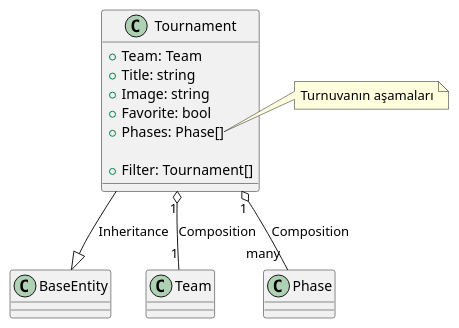
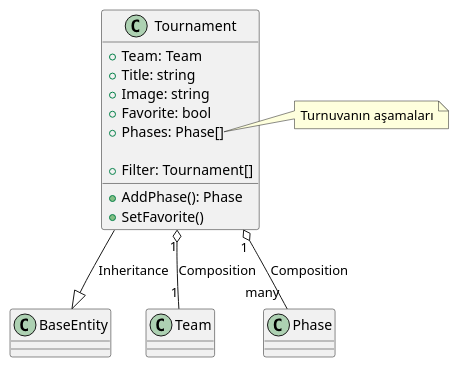
One commit to evrendev/sport-club changed the diagram in uml/Tournament/Tournament.puml. Above: the diagram before and after it, drawn with PlantUML. The commit also changed 12 other files, not shown here.

Commit message:
Uml diagrams updated

```diff
--- a/uml/Tournament/Tournament.puml
+++ b/uml/Tournament/Tournament.puml
@@ -1,21 +1,23 @@
 @startuml Tournament Class Diagram
 
 class Tournament {
     + Team: Team
     + Title: string
     + Image: string
     + Favorite: bool
     + Phases: Phase[]
 
     + Filter: Tournament[]
+    + AddPhase(): Phase
+    + SetFavorite()
 }
 
 Tournament --|> BaseEntity: Inheritance
 Tournament "1" o-- "1" Team: Composition
 Tournament "1" o-- "many" Phase: Composition
 
 note right of Tournament::Phases
 Turnuvanın aşamaları
 end note
 
 @enduml
```
